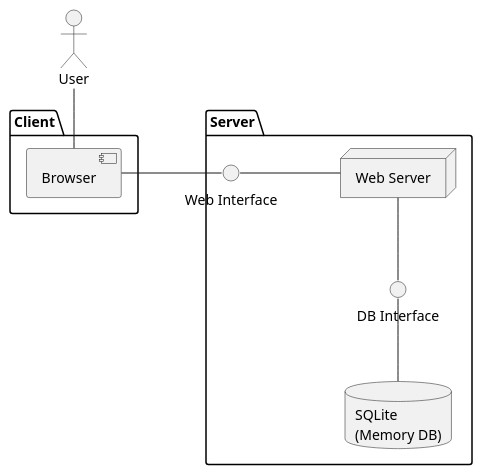
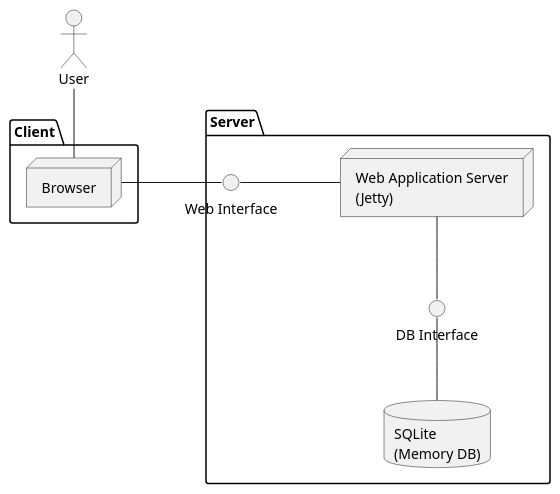
One commit to yaroth/ch.bfh.bti7081.s2019.white changed the diagram in doc/task05/deployment_diagram.puml. Above: the diagram before and after it, drawn with PlantUML. The commit also changed 5 other files, not shown here.

```diff
--- a/doc/task05/deployment_diagram.puml
+++ b/doc/task05/deployment_diagram.puml
@@ -1,34 +1,35 @@
 @startuml
 
 skinparam nodesep 100
 
 actor User
 
 
 package "Client" {
-component Browser
+node Browser
 
 }
 
 package "Server" {
 
 node webServ1 [
-Web Server
+Web Application Server
+(Jetty)
 ]
 
 interface "Web Interface" as webint
 interface "DB Interface" as dbint
 
 database db1[
 SQLite
 (Memory DB)
 ]
 }
 
 User -- Browser
 Browser - webint
 webint - webServ1
 webServ1 -- dbint
 dbint -- db1
 
 @enduml
```
